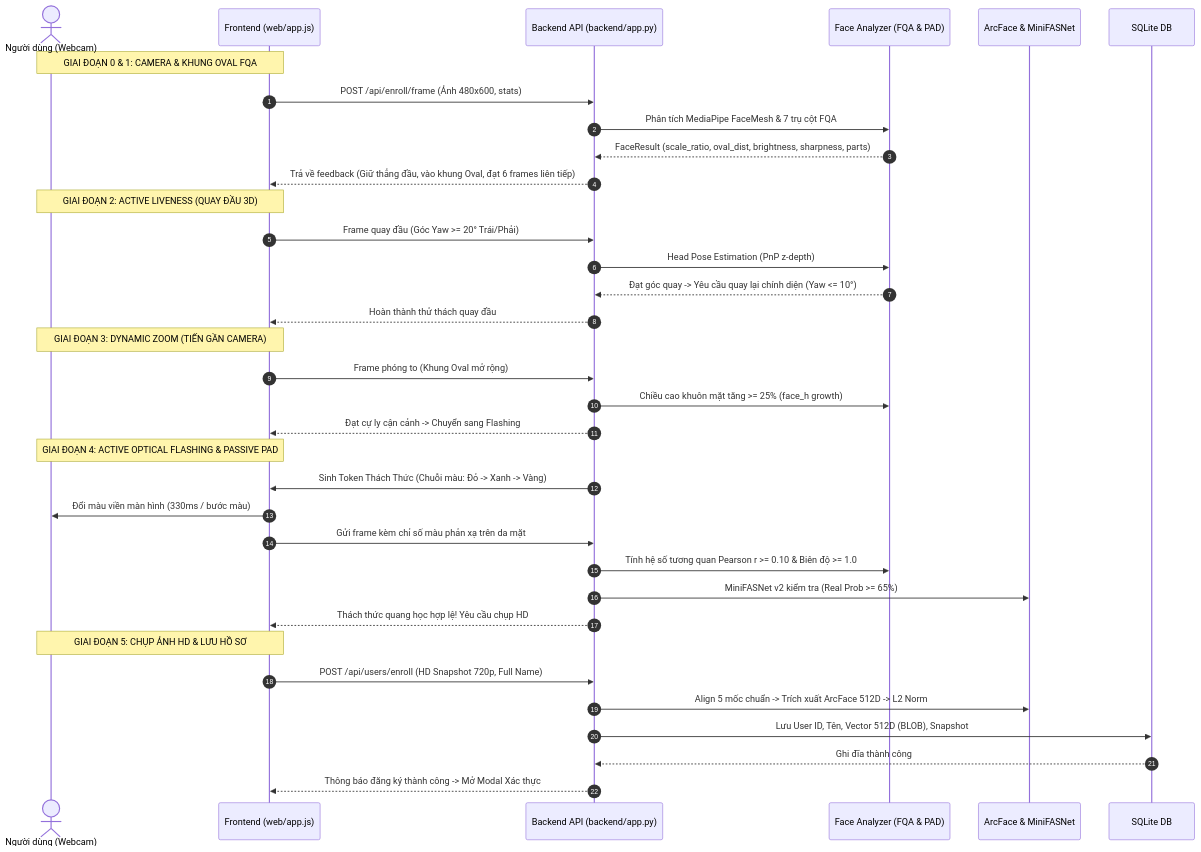
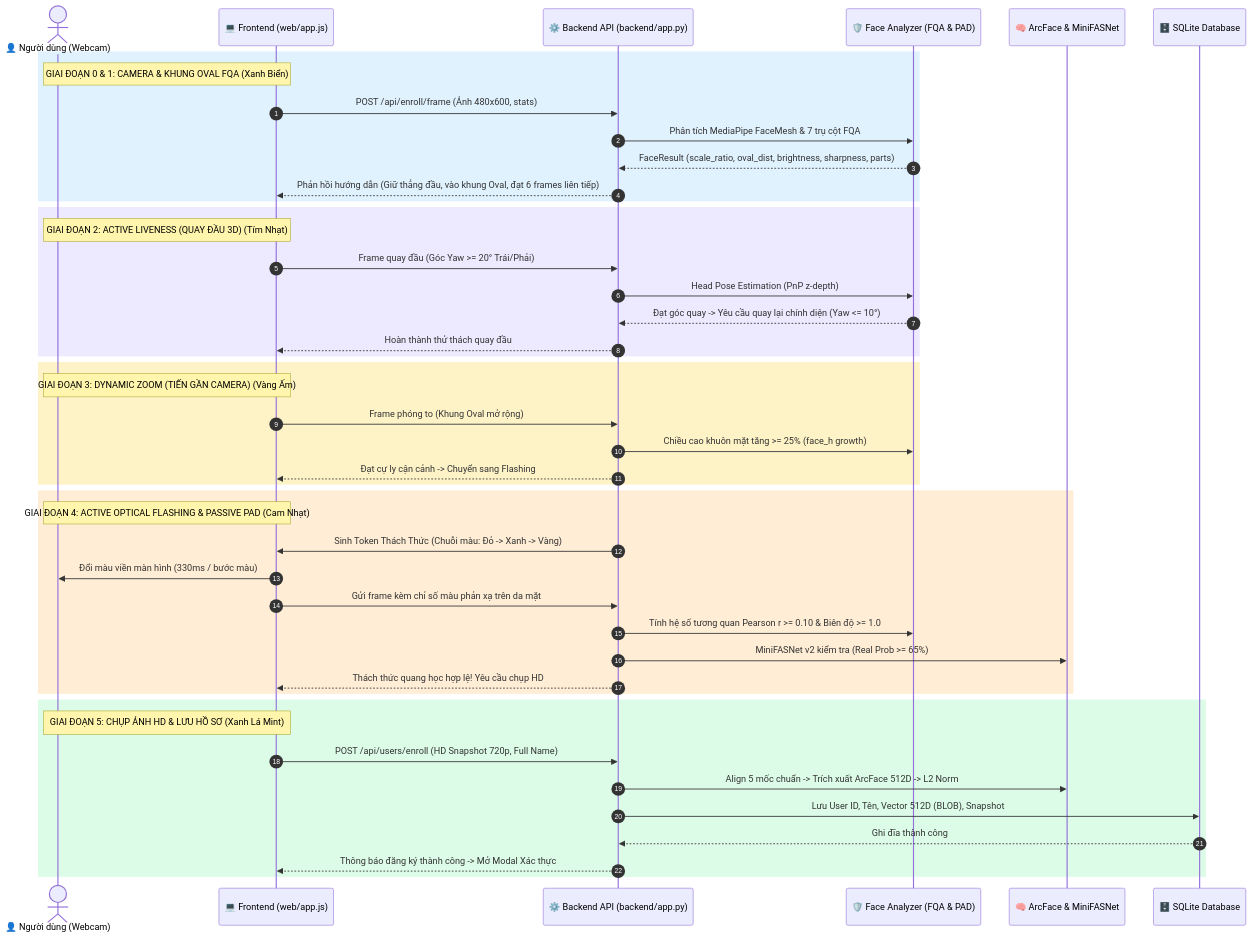
Before and after one commit to thinhtttht/ekyc_aitalab: the second of 3 diagrams in PIPELINE_EKYC_SYSTEM.md, drawn with Mermaid. The commit also changed other lines of this file and 1 other file, not shown here.

Commit message:
docs: add colorful visual pipeline diagram in markdown and standalone pipeline_visualizer.html dashboard

````diff
--- a/PIPELINE_EKYC_SYSTEM.md
+++ b/PIPELINE_EKYC_SYSTEM.md
@@ -57,42 +69,52 @@
 ```mermaid
 sequenceDiagram
     autonumber
-    actor User as Người dùng (Webcam)
-    participant FE as Frontend (web/app.js)
-    participant BE as Backend API (backend/app.py)
-    participant FQA as Face Analyzer (FQA & PAD)
-    participant Model as ArcFace & MiniFASNet
-    participant DB as SQLite DB
+    actor User as 👤 Người dùng (Webcam)
+    participant FE as 💻 Frontend (web/app.js)
+    participant BE as ⚙️ Backend API (backend/app.py)
+    participant FQA as 🛡️ Face Analyzer (FQA & PAD)
+    participant Model as 🧠 ArcFace & MiniFASNet
+    participant DB as 🗄️ SQLite Database
 
-    Note over User, FE: GIAI ĐOẠN 0 & 1: CAMERA & KHUNG OVAL FQA
+    rect rgb(224, 242, 254)
+    Note over User, FE: GIAI ĐOẠN 0 & 1: CAMERA & KHUNG OVAL FQA (Xanh Biển)
     FE->>BE: POST /api/enroll/frame (Ảnh 480x600, stats)
     BE->>FQA: Phân tích MediaPipe FaceMesh & 7 trụ cột FQA
     FQA-->>BE: FaceResult (scale_ratio, oval_dist, brightness, sharpness, parts)
-    BE-->>FE: Trả về feedback (Giữ thẳng đầu, vào khung Oval, đạt 6 frames liên tiếp)
+    BE-->>FE: Phản hồi hướng dẫn (Giữ thẳng đầu, vào khung Oval, đạt 6 frames liên tiếp)
+    end
 
-    Note over User, FE: GIAI ĐOẠN 2: ACTIVE LIVENESS (QUAY ĐẦU 3D)
+    rect rgb(237, 233, 254)
+    Note over User, FE: GIAI ĐOẠN 2: ACTIVE LIVENESS (QUAY ĐẦU 3D) (Tím Nhạt)
     FE->>BE: Frame quay đầu (Góc Yaw >= 20° Trái/Phải)
     BE->>FQA: Head Pose Estimation (PnP z-depth)
     FQA-->>BE: Đạt góc quay -> Yêu cầu quay lại chính diện (Yaw <= 10°)
     BE-->>FE: Hoàn thành thử thách quay đầu
+    end
 
-    Note over User, FE: GIAI ĐOẠN 3: DYNAMIC ZOOM (TIẾN GẦN CAMERA)
+    rect rgb(254, 243, 199)
+    Note over User, FE: GIAI ĐOẠN 3: DYNAMIC ZOOM (TIẾN GẦN CAMERA) (Vàng Ấm)
     FE->>BE: Frame phóng to (Khung Oval mở rộng)
     BE->>FQA: Chiều cao khuôn mặt tăng >= 25% (face_h growth)
     BE-->>FE: Đạt cự ly cận cảnh -> Chuyển sang Flashing
+    end
 
-    Note over User, FE: GIAI ĐOẠN 4: ACTIVE OPTICAL FLASHING & PASSIVE PAD
+    rect rgb(255, 237, 213)
+    Note over User, FE: GIAI ĐOẠN 4: ACTIVE OPTICAL FLASHING & PASSIVE PAD (Cam Nhạt)
     BE->>FE: Sinh Token Thách Thức (Chuỗi màu: Đỏ -> Xanh -> Vàng)
     FE->>User: Đổi màu viền màn hình (330ms / bước màu)
     FE->>BE: Gửi frame kèm chỉ số màu phản xạ trên da mặt
     BE->>FQA: Tính hệ số tương quan Pearson r >= 0.10 & Biên độ >= 1.0
     BE->>Model: MiniFASNet v2 kiểm tra (Real Prob >= 65%)
     BE-->>FE: Thách thức quang học hợp lệ! Yêu cầu chụp HD
+    end
 
-    Note over User, FE: GIAI ĐOẠN 5: CHỤP ẢNH HD & LƯU HỒ SƠ
+    rect rgb(220, 252, 231)
+    Note over User, FE: GIAI ĐOẠN 5: CHỤP ẢNH HD & LƯU HỒ SƠ (Xanh Lá Mint)
     FE->>BE: POST /api/users/enroll (HD Snapshot 720p, Full Name)
     BE->>Model: Align 5 mốc chuẩn -> Trích xuất ArcFace 512D -> L2 Norm
     BE->>DB: Lưu User ID, Tên, Vector 512D (BLOB), Snapshot
     DB-->>BE: Ghi đĩa thành công
     BE-->>FE: Thông báo đăng ký thành công -> Mở Modal Xác thực
+    end
 ```
````
